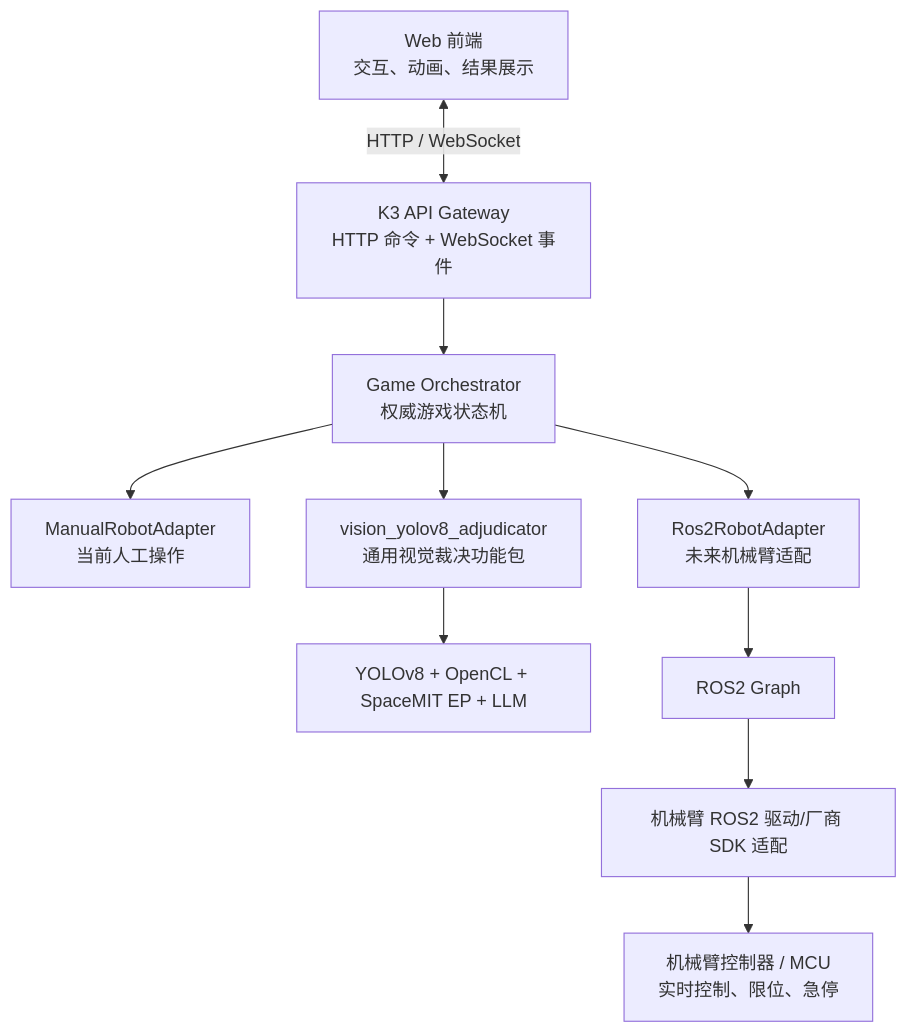
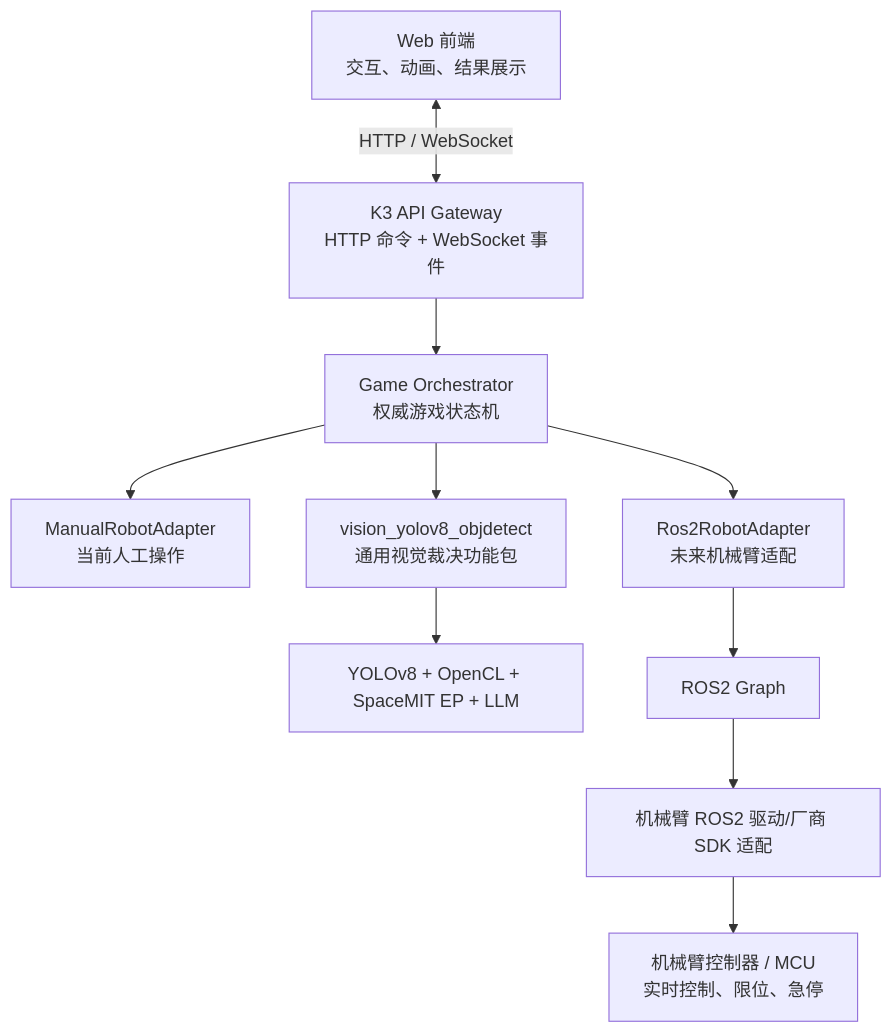
Before and after one commit to Fitz8863/spacemitk3-dice_demo: the second of 2 diagrams in AI_PROJECT_CONTEXT.md, drawn with Mermaid. The commit also changed other lines of this file and 33 other files, not shown here.

First line of the commit message:
refactor(vision): Python 组件更名 vision_yolov8_objdetect、区域门控上移、协议握手校验

````diff
--- a/AI_PROJECT_CONTEXT.md
+++ b/AI_PROJECT_CONTEXT.md
@@ -898,21 +898,21 @@
 ```mermaid
 flowchart TD
     Web["Web 前端\n交互、动画、结果展示"]
     API["K3 API Gateway\nHTTP 命令 + WebSocket 事件"]
     Game["Game Orchestrator\n权威游戏状态机"]
     Manual["ManualRobotAdapter\n当前人工操作"]
     RosAdapter["Ros2RobotAdapter\n未来机械臂适配"]
-    VisionAdapter["vision_yolov8_adjudicator\n通用视觉裁决功能包"]
+    VisionAdapter["vision_yolov8_objdetect\n通用视觉裁决功能包"]
     Vision["YOLOv8 + OpenCL + SpaceMIT EP + LLM"]
     ROS["ROS2 Graph"]
     Driver["机械臂 ROS2 驱动/厂商 SDK 适配"]
     Controller["机械臂控制器 / MCU\n实时控制、限位、急停"]
 
     Web <-->|"HTTP / WebSocket"| API
     API --> Game
     Game --> Manual
     Game --> RosAdapter
     Game --> VisionAdapter
     VisionAdapter --> Vision
     RosAdapter --> ROS --> Driver --> Controller
 ```
````
